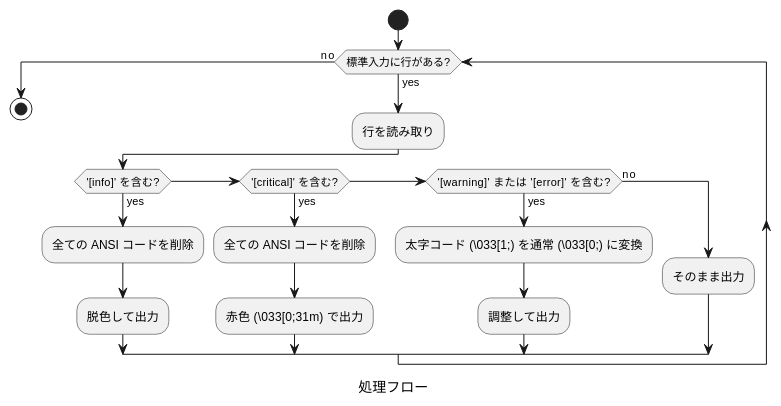
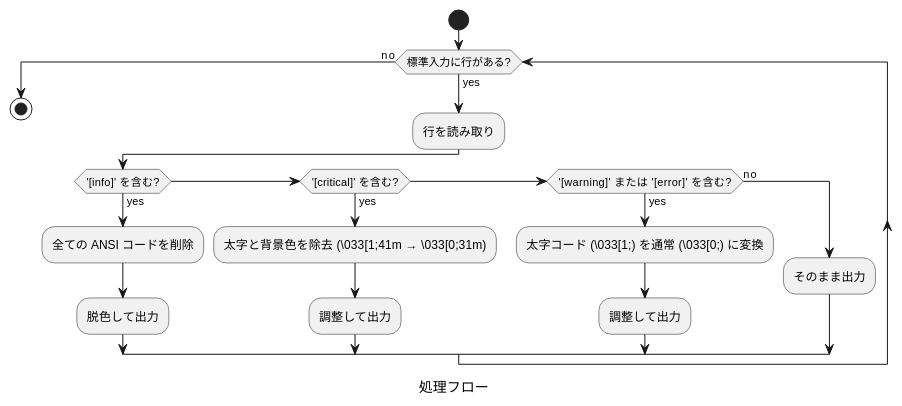
Before and after one commit to Hondarer/doxygen-framework: the diagram in docs-src/doxybook2-decolorize-output-spec.md, drawn with PlantUML. The commit also changed other lines of this file and 2 other files, not shown here.

````diff
--- a/docs-src/doxybook2-decolorize-output-spec.md
+++ b/docs-src/doxybook2-decolorize-output-spec.md
@@ -35,24 +55,24 @@
 ```plantuml
 @startuml 処理フロー
 caption 処理フロー
 
 start
 while (標準入力に行がある?) is (yes)
   :行を読み取り;
   if ('[info]' を含む?) then (yes)
     :全ての ANSI コードを削除;
     :脱色して出力;
   elseif ('[critical]' を含む?) then (yes)
-    :全ての ANSI コードを削除;
-    :赤色 (\\033[0;31m) で出力;
+    :太字と背景色を除去 (\\033[1;41m → \\033[0;31m);
+    :調整して出力;
   elseif ('[warning]' または '[error]' を含む?) then (yes)
     :太字コード (\\033[1;) を通常 (\\033[0;) に変換;
     :調整して出力;
   else (no)
     :そのまま出力;
   endif
 endwhile (no)
 stop
 
 @enduml
 ```
````
